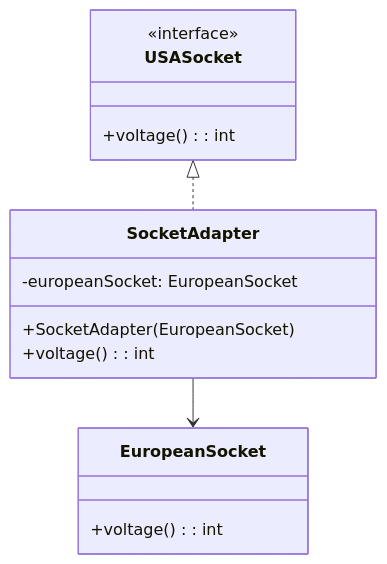
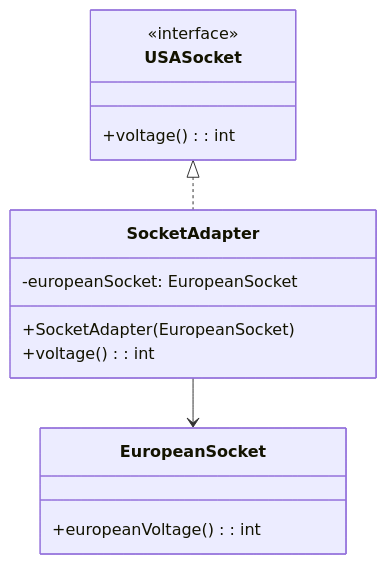
Before and after one commit to welldesignedsystem/welldesignedsystem.github.io: the sixth of 23 diagrams in content/english/blog/system_design/core_design_patterns.md, drawn with Mermaid. The commit also changed other lines of this file and 1 other file, not shown here.

````diff
--- a/content/english/blog/system_design/core_design_patterns.md
+++ b/content/english/blog/system_design/core_design_patterns.md
@@ -314,17 +431,17 @@
 ```mermaid
 classDiagram
     class USASocket {
         <<interface>>
         +voltage(): int
     }
     class EuropeanSocket {
-        +voltage(): int
+        +europeanVoltage(): int
     }
     class SocketAdapter {
         -europeanSocket: EuropeanSocket
         +SocketAdapter(EuropeanSocket)
         +voltage(): int
     }
     USASocket <|.. SocketAdapter
     SocketAdapter --> EuropeanSocket
 ```
````
